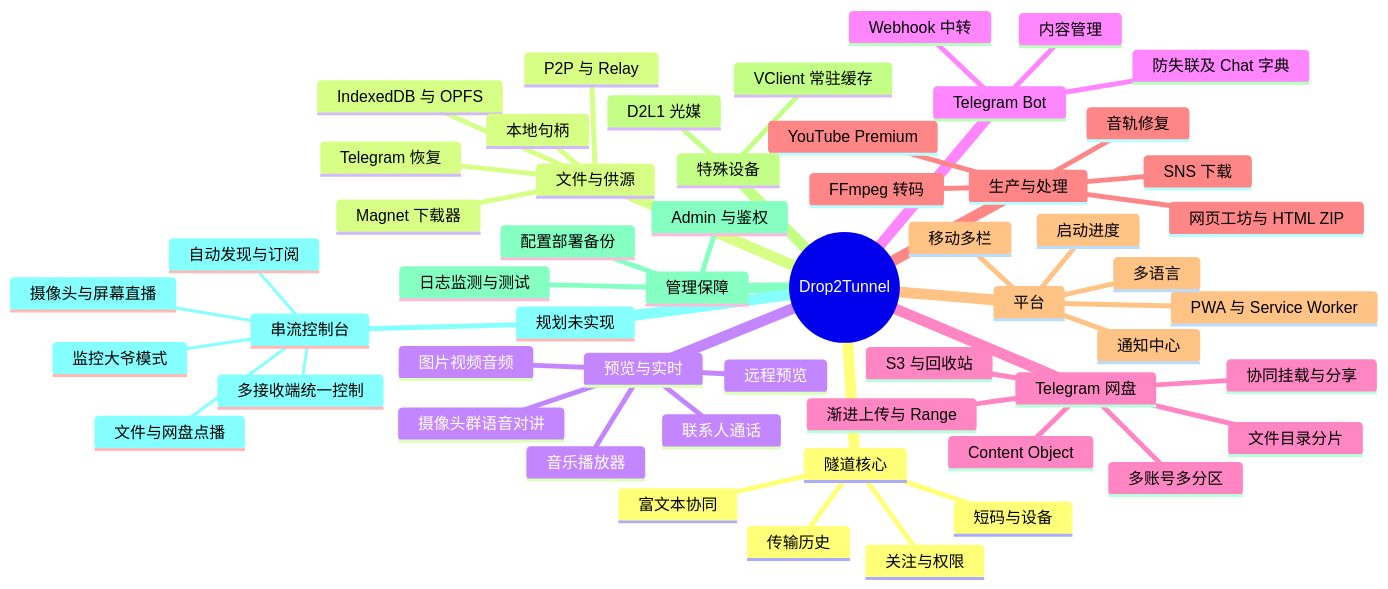
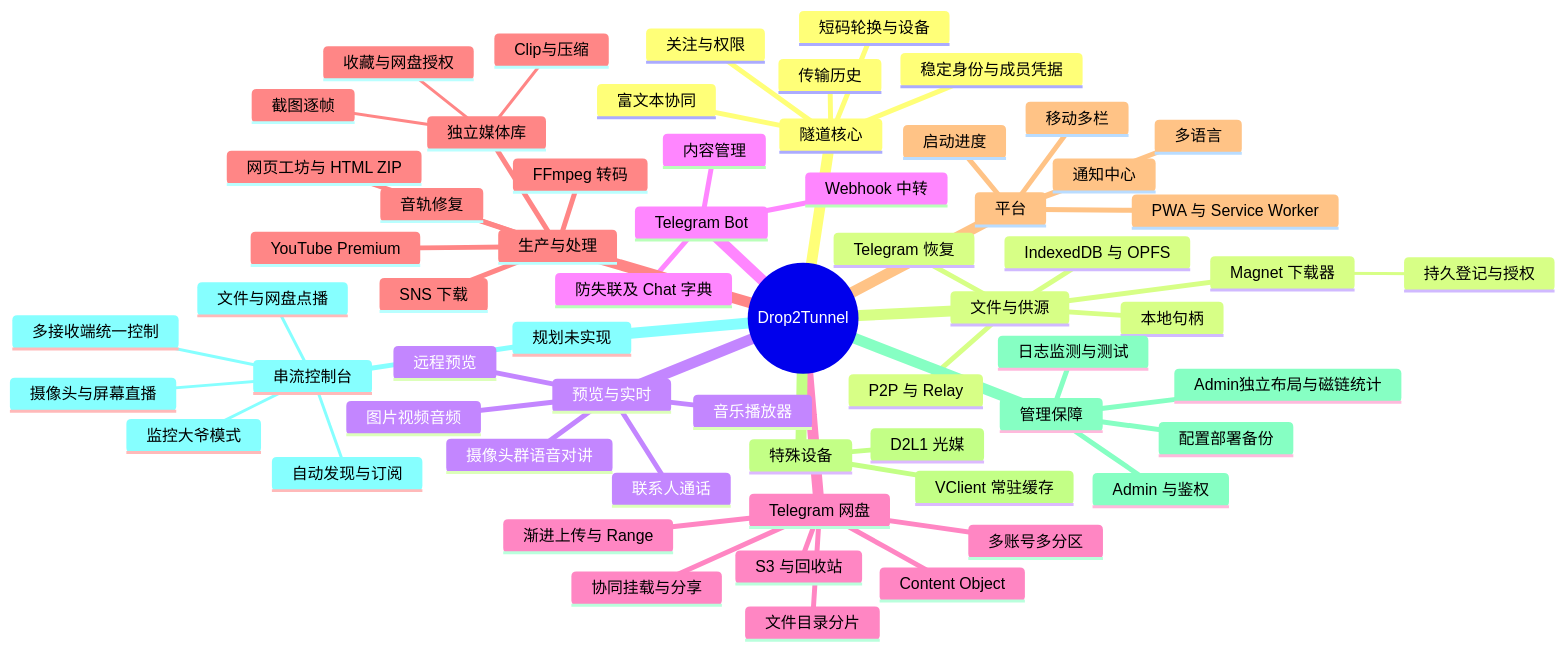
Before and after one commit to Ltre/file-tunnel: the diagram in docs/overview/feature-mindmaps/README.md, drawn with Mermaid. The commit also changed other lines of this file, not shown here.

Commit message:
docs: connect media-library map and mark older maps historical baseline

````diff
--- a/docs/overview/feature-mindmaps/README.md
+++ b/docs/overview/feature-mindmaps/README.md
@@ -13,58 +13,65 @@
 ```mermaid
 mindmap
   root((Drop2Tunnel))
     隧道核心
-      短码与设备
+      稳定身份与成员凭据
+      短码轮换与设备
       传输历史
       富文本协同
       关注与权限
     文件与供源
       P2P 与 Relay
       IndexedDB 与 OPFS
       本地句柄
       Telegram 恢复
       Magnet 下载器
+        持久登记与授权
     预览与实时
       图片视频音频
       音乐播放器
       摄像头群语音对讲
       联系人通话
       远程预览
     Telegram Bot
       Webhook 中转
       内容管理
       防失联及 Chat 字典
     Telegram 网盘
       多账号多分区
       文件目录分片
       Content Object
       渐进上传与 Range
       协同挂载与分享
       S3 与回收站
     生产与处理
+      独立媒体库
+        截图逐帧
+        Clip与压缩
+        收藏与网盘授权
       SNS 下载
       YouTube Premium
       音轨修复
       FFmpeg 转码
       网页工坊与 HTML ZIP
     平台
       PWA 与 Service Worker
       移动多栏
       多语言
       通知中心
       启动进度
     特殊设备
       D2L1 光媒
       VClient 常驻缓存
     管理保障
+      Admin独立布局与磁链统计
       Admin 与鉴权
       配置部署备份
       日志监测与测试
     规划未实现
       串流控制台
         自动发现与订阅
         文件与网盘点播
         摄像头与屏幕直播
         多接收端统一控制
         监控大爷模式
 ```
````
